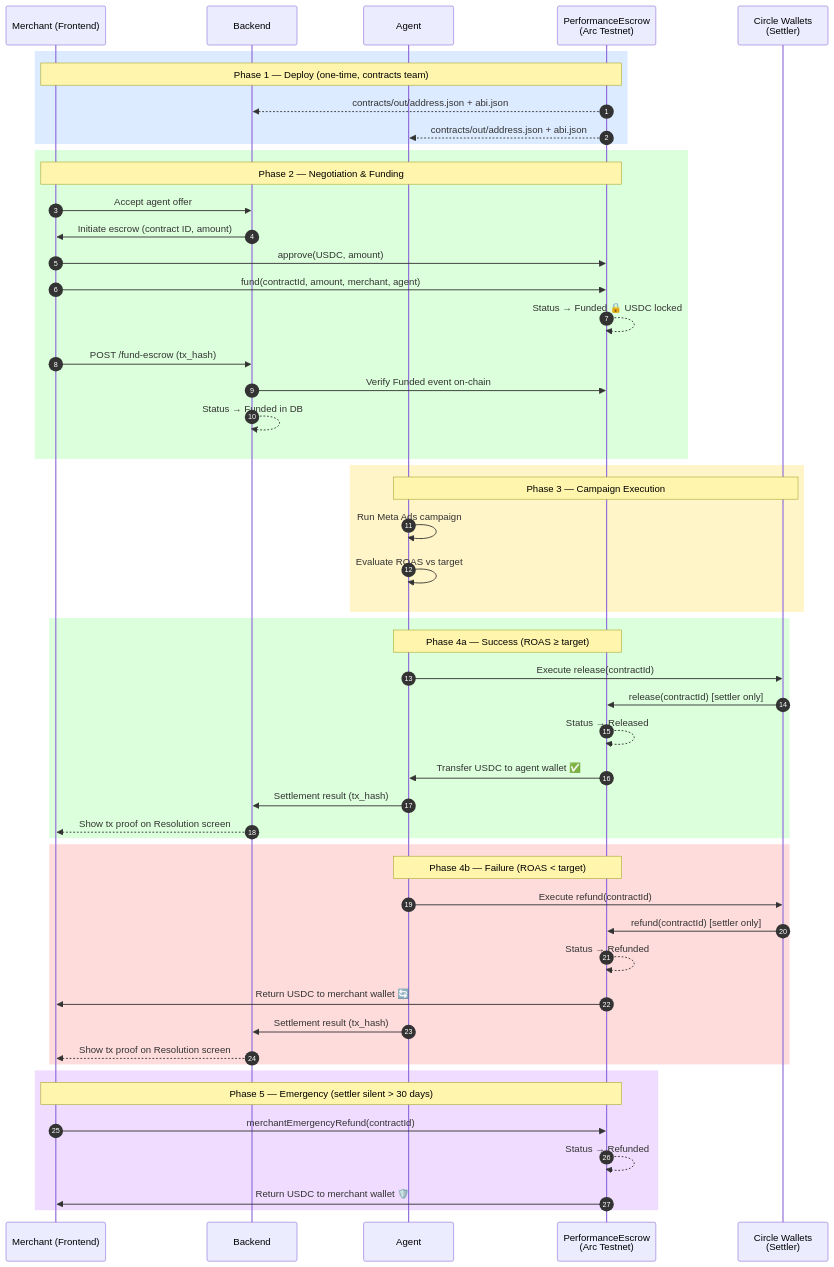
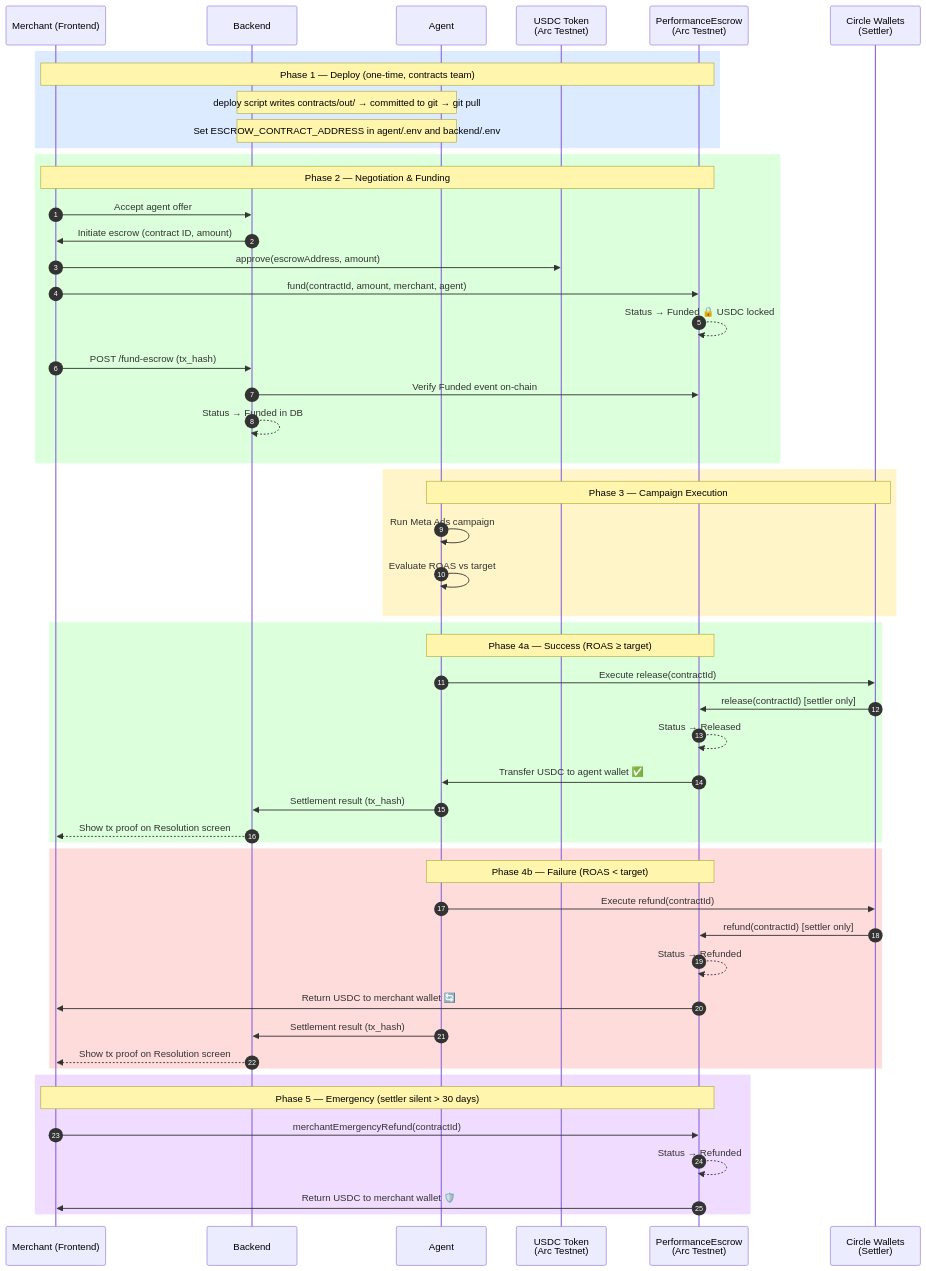
The first of 3 diagrams in contracts/README.md (SankaiAI/Bidtopus), drawn with Mermaid before and after one commit. The commit also changed 2 other files, not shown here.

Commit message:
docs: fix diagram inconsistencies — Circle Wallets signing in step 9, correct approve() flow
- README.md + pitch/02_system_diagram.md: step 9 now shows
  'Circle Wallets signs release() or refund()' to match the
  contracts/README.md Phase 4 detail (agent never calls escrow directly)
- contracts/README.md: Phase 1 uses Notes instead of arrows for
  git pull flow; M->>U: approve(escrowAddress) points to USDC Token
  participant, not the escrow contract
- Also includes previously staged agent/ changes

````diff
--- a/contracts/README.md
+++ b/contracts/README.md
@@ -5,60 +5,61 @@
 ```mermaid
 sequenceDiagram
     autonumber
     participant M  as Merchant (Frontend)
     participant B  as Backend
     participant A  as Agent
+    participant U  as USDC Token<br/>(Arc Testnet)
     participant C  as PerformanceEscrow<br/>(Arc Testnet)
     participant CW as Circle Wallets<br/>(Settler)
 
     rect rgb(220, 235, 255)
         Note over M,C: Phase 1 — Deploy (one-time, contracts team)
-        C-->>B: contracts/out/address.json + abi.json
-        C-->>A: contracts/out/address.json + abi.json
+        Note over B,A: deploy script writes contracts/out/ → committed to git → git pull
+        Note over B,A: Set ESCROW_CONTRACT_ADDRESS in agent/.env and backend/.env
     end
 
     rect rgb(220, 255, 220)
         Note over M,C: Phase 2 — Negotiation & Funding
         M->>B: Accept agent offer
         B->>M: Initiate escrow (contract ID, amount)
-        M->>C: approve(USDC, amount)
+        M->>U: approve(escrowAddress, amount)
         M->>C: fund(contractId, amount, merchant, agent)
         C-->>C: Status → Funded 🔒 USDC locked
         M->>B: POST /fund-escrow (tx_hash)
         B->>C: Verify Funded event on-chain
         B-->>B: Status → Funded in DB
     end
 
     rect rgb(255, 245, 200)
         Note over A,CW: Phase 3 — Campaign Execution
         A->>A: Run Meta Ads campaign
         A->>A: Evaluate ROAS vs target
     end
 
     rect rgb(220, 255, 220)
         Note over A,C: Phase 4a — Success (ROAS ≥ target)
         A->>CW: Execute release(contractId)
         CW->>C: release(contractId)  [settler only]
         C-->>C: Status → Released
         C->>A: Transfer USDC to agent wallet ✅
         A->>B: Settlement result (tx_hash)
         B-->>M: Show tx proof on Resolution screen
     end
 
     rect rgb(255, 220, 220)
         Note over A,C: Phase 4b — Failure (ROAS < target)
         A->>CW: Execute refund(contractId)
         CW->>C: refund(contractId)  [settler only]
         C-->>C: Status → Refunded
         C->>M: Return USDC to merchant wallet 🔄
         A->>B: Settlement result (tx_hash)
         B-->>M: Show tx proof on Resolution screen
     end
 
     rect rgb(240, 220, 255)
         Note over M,C: Phase 5 — Emergency (settler silent > 30 days)
         M->>C: merchantEmergencyRefund(contractId)
         C-->>C: Status → Refunded
         C->>M: Return USDC to merchant wallet 🛡️
     end
 ```
````
